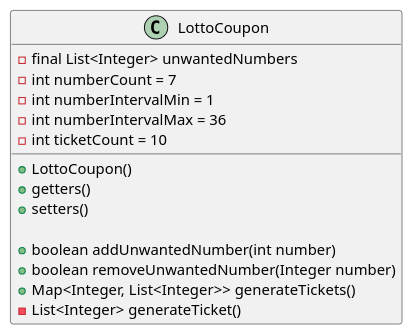
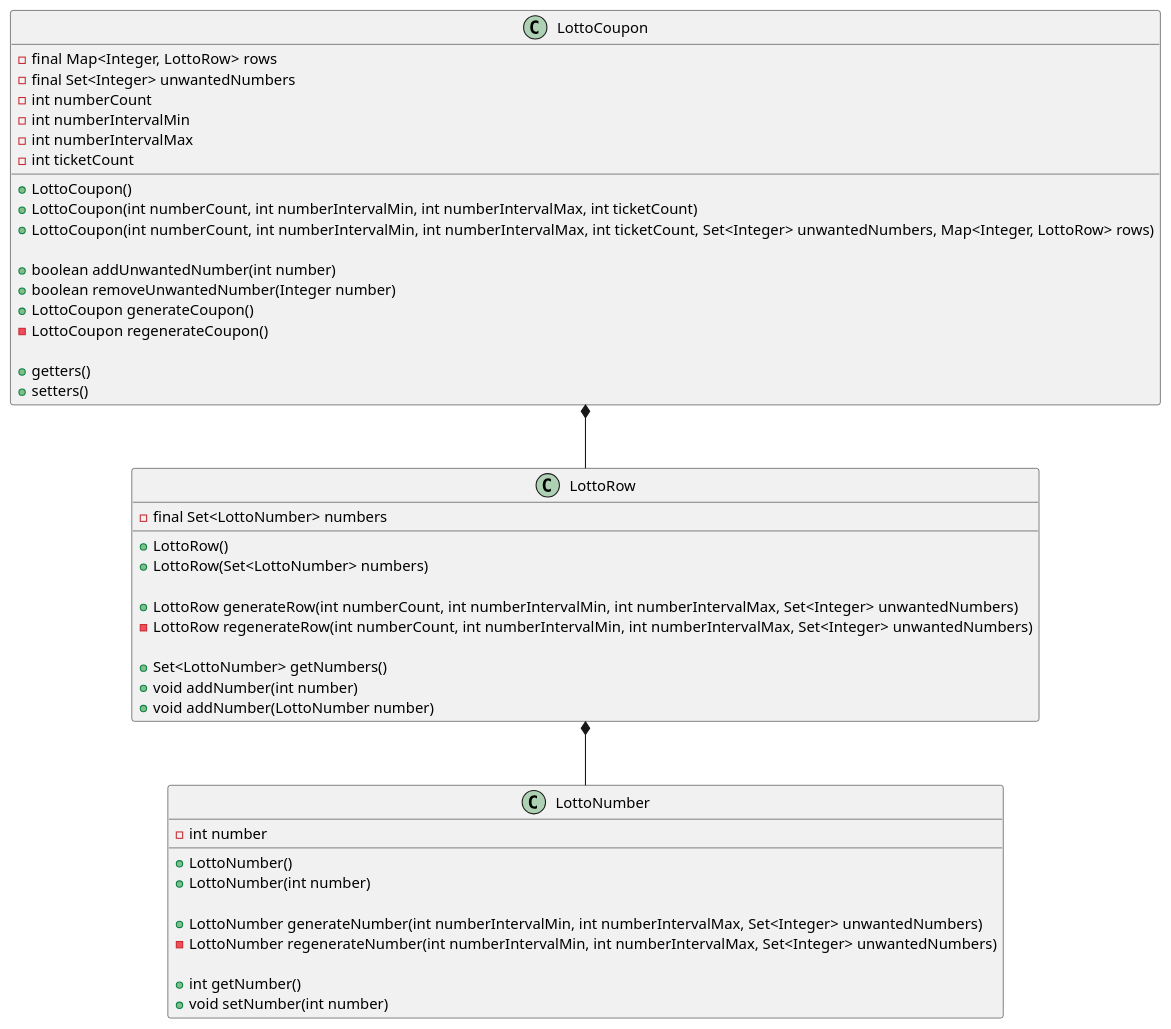
One commit to jonbertelsen/lifehackA changed the diagram in documentation/lotto/class diagram.puml. Above: the diagram before and after it, drawn with PlantUML.

Commit message:
Update class diagram.puml

```diff
--- a/documentation/lotto/class diagram.puml
+++ b/documentation/lotto/class diagram.puml
@@ -1,20 +1,54 @@
 @startuml
 
 class LottoCoupon {
-    - final List<Integer> unwantedNumbers
-    - int numberCount = 7
-    - int numberIntervalMin = 1
-    - int numberIntervalMax = 36
-    - int ticketCount = 10
+    - final Map<Integer, LottoRow> rows
+    - final Set<Integer> unwantedNumbers
+    - int numberCount
+    - int numberIntervalMin
+    - int numberIntervalMax
+    - int ticketCount
 
     + LottoCoupon()
-    + getters()
-    + setters()
+    + LottoCoupon(int numberCount, int numberIntervalMin, int numberIntervalMax, int ticketCount)
+    + LottoCoupon(int numberCount, int numberIntervalMin, int numberIntervalMax, int ticketCount, Set<Integer> unwantedNumbers, Map<Integer, LottoRow> rows)
 
     + boolean addUnwantedNumber(int number)
     + boolean removeUnwantedNumber(Integer number)
-    + Map<Integer, List<Integer>> generateTickets()
-    - List<Integer> generateTicket()
+    + LottoCoupon generateCoupon()
+    - LottoCoupon regenerateCoupon()
+
+    + getters()
+    + setters()
 }
 
+class LottoRow {
+    - final Set<LottoNumber> numbers
+
+    + LottoRow()
+    + LottoRow(Set<LottoNumber> numbers)
+
+    + LottoRow generateRow(int numberCount, int numberIntervalMin, int numberIntervalMax, Set<Integer> unwantedNumbers)
+    - LottoRow regenerateRow(int numberCount, int numberIntervalMin, int numberIntervalMax, Set<Integer> unwantedNumbers)
+
+    + Set<LottoNumber> getNumbers()
+    + void addNumber(int number)
+    + void addNumber(LottoNumber number)
+}
+
+class LottoNumber {
+    - int number
+
+    + LottoNumber()
+    + LottoNumber(int number)
+
+    + LottoNumber generateNumber(int numberIntervalMin, int numberIntervalMax, Set<Integer> unwantedNumbers)
+    - LottoNumber regenerateNumber(int numberIntervalMin, int numberIntervalMax, Set<Integer> unwantedNumbers)
+
+    + int getNumber()
+    + void setNumber(int number)
+}
+
+LottoCoupon *-- LottoRow
+LottoRow *-- LottoNumber
+
 @enduml
```
